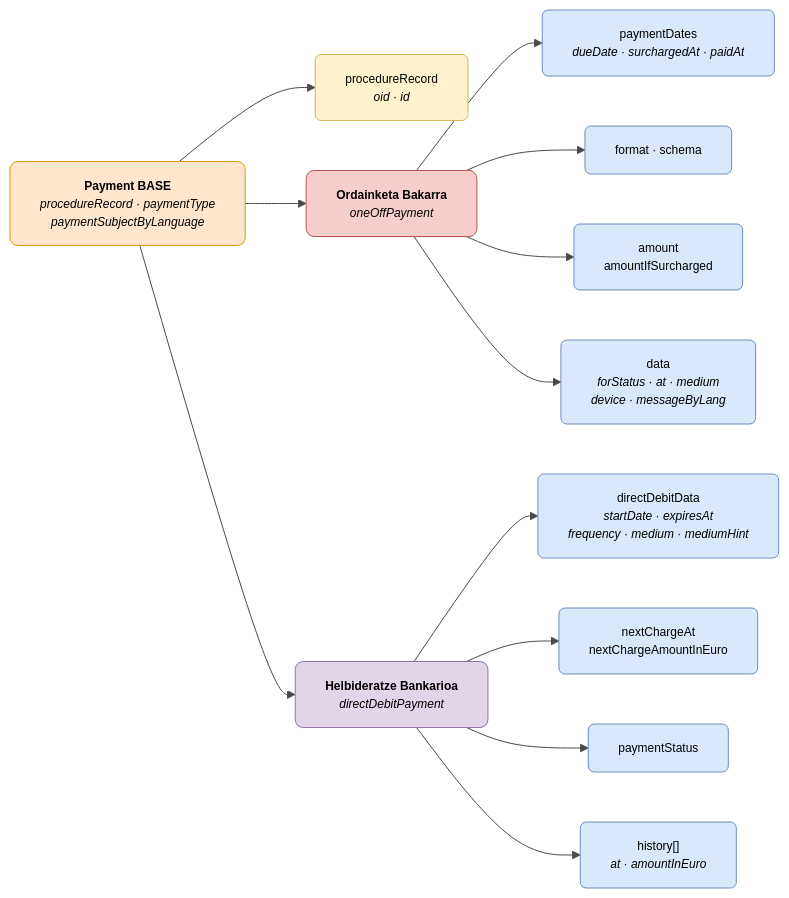
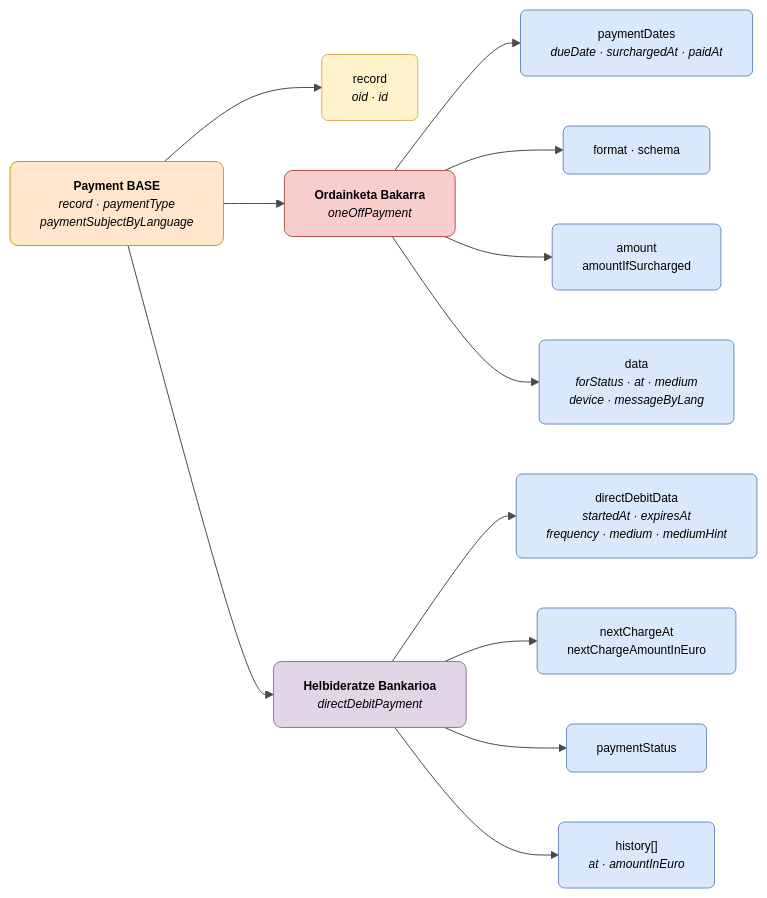
The diagram in docs/semantica/data-retrieve/data/pago.eu.md (DENA-Euskadi/dena-euskadi.github.io), drawn with Mermaid before and after one commit. The commit also changed other lines of this file and 75 other files, not shown here.

````diff
--- a/docs/semantica/data-retrieve/data/pago.eu.md
+++ b/docs/semantica/data-retrieve/data/pago.eu.md
@@ -20,44 +20,44 @@
 ```mermaid
 ---
 config:
   theme: base
   themeVariables:
     primaryColor: "#FFFFFF"
     primaryTextColor: "#000000"
     primaryBorderColor: "#CCCCCC"
     lineColor: "#4A4A4A"
     fontSize: "12px"
 ---
 flowchart LR
-    PAYBASE["<b>Payment BASE</b><br/><i>procedureRecord · paymentType<br/>paymentSubjectByLanguage</i>"]
+    PAYBASE["<b>Payment BASE</b><br/><i>record · paymentType<br/>paymentSubjectByLanguage</i>"]
 
-    PAYBASE --> EXP["procedureRecord<br/><i>oid · id</i>"]
+    PAYBASE --> EXP["record<br/><i>oid · id</i>"]
 
     PAYBASE --> ONEOFF["<b>Ordainketa Bakarra</b><br/><i>oneOffPayment</i>"]
     PAYBASE --> DD["<b>Helbideratze Bankarioa</b><br/><i>directDebitPayment</i>"]
 
     ONEOFF --> DATES["paymentDates<br/><i>dueDate · surchargedAt · paidAt</i>"]
     ONEOFF --> FORMAT["format · schema"]    
     ONEOFF --> AMOUNT["amount<br/>amountIfSurcharged"]
     ONEOFF --> DATA["data<br/><i>forStatus · at · medium<br/>device · messageByLang</i>"]
 
-    DD --> DDDATA["directDebitData<br/><i>startDate · expiresAt<br/>frequency · medium · mediumHint</i>"]
+    DD --> DDDATA["directDebitData<br/><i>startedAt · expiresAt<br/>frequency · medium · mediumHint</i>"]
     DD --> NEXT["nextChargeAt<br/>nextChargeAmountInEuro"]
     DD --> STATUS["paymentStatus"]
     DD --> HIST["history[]<br/><i>at · amountInEuro</i>"]
 
     style PAYBASE fill:#ffe6cc,stroke:#d79b00,color:#000000,rx:8,ry:8
     style EXP fill:#fff2cc,stroke:#d6b656,color:#000000,rx:6,ry:6
     style ONEOFF fill:#f8cecc,stroke:#b85450,color:#000000,rx:8,ry:8
     style DD fill:#e1d5e7,stroke:#9673a6,color:#000000,rx:8,ry:8
     style DATES fill:#dae8fc,stroke:#6c8ebf,color:#000000,rx:6,ry:6
     style AMOUNT fill:#dae8fc,stroke:#6c8ebf,color:#000000,rx:6,ry:6
     style FORMAT fill:#dae8fc,stroke:#6c8ebf,color:#000000,rx:6,ry:6
     style DATA fill:#dae8fc,stroke:#6c8ebf,color:#000000,rx:6,ry:6
     style DDDATA fill:#dae8fc,stroke:#6c8ebf,color:#000000,rx:6,ry:6
     style NEXT fill:#dae8fc,stroke:#6c8ebf,color:#000000,rx:6,ry:6
     style STATUS fill:#dae8fc,stroke:#6c8ebf,color:#000000,rx:6,ry:6
     style HIST fill:#dae8fc,stroke:#6c8ebf,color:#000000,rx:6,ry:6
 
     click EXP "../expediente/" "Ikusi Espedientea"
 ```
````
